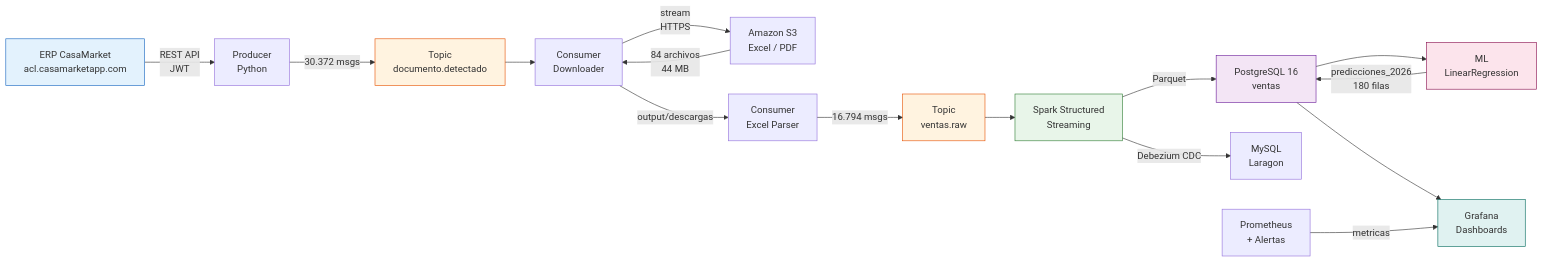
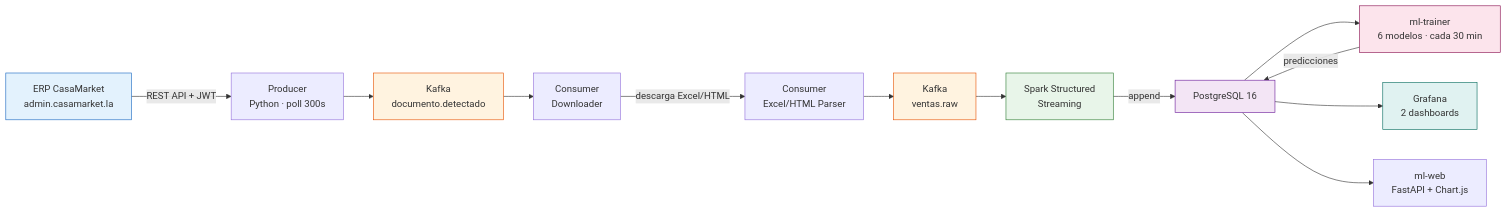
Before and after one commit to AlessandroPastor/BigData: the diagram in docs/index.md, drawn with Mermaid. The commit also changed other lines of this file and 28 other files, not shown here.

````diff
--- a/docs/index.md
+++ b/docs/index.md
@@ -17,39 +21,34 @@
 ```mermaid
 flowchart LR
-    ERP["ERP CasaMarket\nacl.casamarketapp.com"]
-    PROD["Producer\nPython"]
-    K1["Topic\ndocumento.detectado"]
+    ERP["ERP CasaMarket\nadmin.casamarket.la"]
+    PROD["Producer\nPython · poll 300s"]
+    K1["Kafka\ndocumento.detectado"]
     DL["Consumer\nDownloader"]
-    S3["Amazon S3\nExcel / PDF"]
-    PARSE["Consumer\nExcel Parser"]
-    K2["Topic\nventas.raw"]
+    PARSE["Consumer\nExcel/HTML Parser"]
+    K2["Kafka\nventas.raw"]
     SPARK["Spark Structured\nStreaming"]
-    PG["PostgreSQL 16\nventas"]
-    MY["MySQL\nLaragon"]
-    ML["ML\nLinearRegression"]
-    GF["Grafana\nDashboards"]
-    PROM["Prometheus\n+ Alertas"]
+    PG["PostgreSQL 16"]
+    MLT["ml-trainer\n6 modelos · cada 30 min"]
+    GF["Grafana\n2 dashboards"]
+    WEB["ml-web\nFastAPI + Chart.js"]
 
-    ERP -->|"REST API\nJWT"| PROD
-    PROD -->|"30.372 msgs"| K1
+    ERP -->|"REST API + JWT"| PROD
+    PROD --> K1
     K1 --> DL
-    DL -->|"stream\nHTTPS"| S3
-    S3 -->|"84 archivos\n44 MB"| DL
-    DL -->|"output/descargas"| PARSE
-    PARSE -->|"16.794 msgs"| K2
+    DL -->|"descarga Excel/HTML"| PARSE
+    PARSE --> K2
     K2 --> SPARK
-    SPARK -->|"Parquet"| PG
-    SPARK -->|"Debezium CDC"| MY
-    PG --> ML
-    ML -->|"predicciones_2026\n180 filas"| PG
+    SPARK -->|"append"| PG
+    PG --> MLT
+    MLT -->|"predicciones"| PG
     PG --> GF
-    PROM -->|"metricas"| GF
+    PG --> WEB
 
     style ERP fill:#E3F2FD,stroke:#1565C0
     style K1 fill:#FFF3E0,stroke:#E65100
     style K2 fill:#FFF3E0,stroke:#E65100
     style SPARK fill:#E8F5E9,stroke:#2E7D32
     style PG fill:#F3E5F5,stroke:#6A1B9A
-    style ML fill:#FCE4EC,stroke:#880E4F
+    style MLT fill:#FCE4EC,stroke:#880E4F
     style GF fill:#E0F2F1,stroke:#00695C
 ```
````
